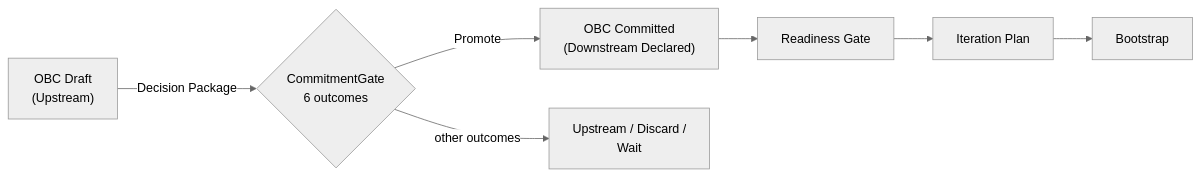
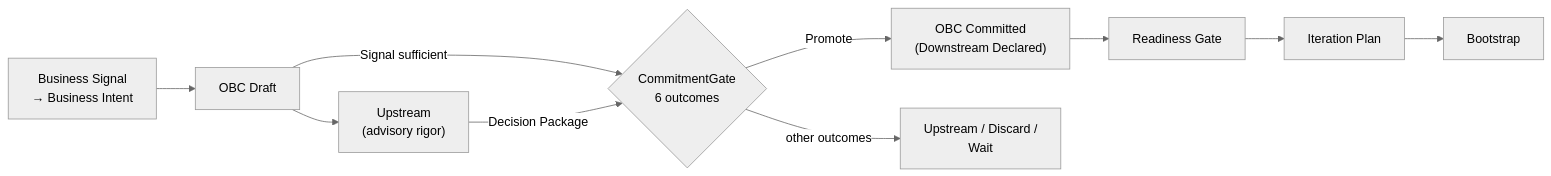
Before and after one commit to produtoreativo/from-intent-to-outcome: the second of 2 diagrams in en/chapter-03.md, drawn with Mermaid (neutral theme). The commit also changed other lines of this file and 7 other files, not shown here.

First line of the commit message:
fix: corrige origem do OBC — nasce na transição Business Signal → Business Intent

````diff
--- a/en/chapter-03.md
+++ b/en/chapter-03.md
@@ -150,9 +150,12 @@
 ```mermaid
 graph LR
-    A["OBC Draft\n(Upstream)"] -->|"Decision Package"| B{"CommitmentGate\n6 outcomes"}
-    B -->|"Promote"| C["OBC Committed\n(Downstream Declared)"]
-    B -->|"other outcomes"| X["Upstream / Discard /\nWait"]
+    BS["Business Signal\n→ Business Intent"] --> A["OBC Draft"]
+    A --> UP["Upstream\n(advisory rigor)"]
+    A -->|"Signal sufficient"| CG{"CommitmentGate\n6 outcomes"}
+    UP -->|"Decision Package"| CG
+    CG -->|"Promote"| C["OBC Committed\n(Downstream Declared)"]
+    CG -->|"other outcomes"| X["Upstream / Discard /\nWait"]
     C --> D["Readiness Gate"]
     D --> E["Iteration Plan"]
     E --> F["Bootstrap"]
 ```
````
